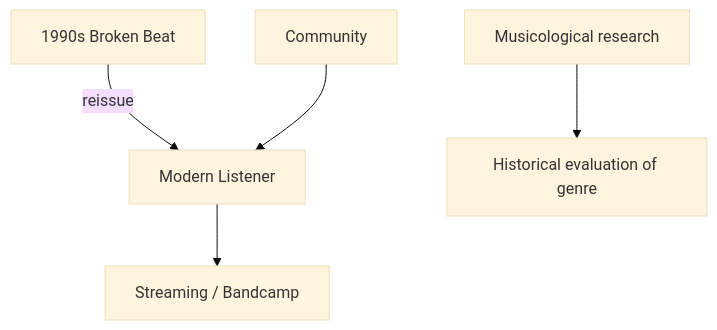
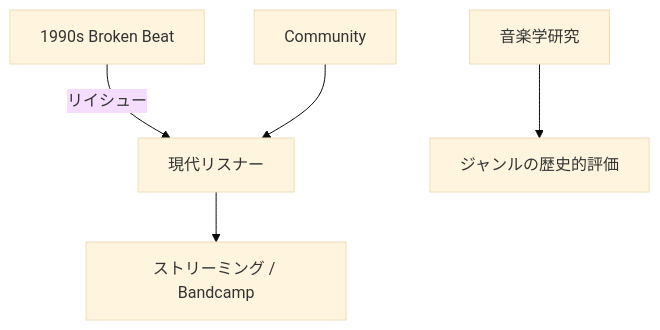
The fifth of 5 diagrams in en/_posts/2025-12-01-column-uk-broken-beat.md (monumental-movement/monumental-movement.github.io), drawn with Mermaid (base theme) before and after one commit. The commit also changed other lines of this file and 2196 other files, not shown here.

```diff
--- a/en/_posts/2025-12-01-column-uk-broken-beat.md
+++ b/en/_posts/2025-12-01-column-uk-broken-beat.md
@@ -179,7 +179,7 @@
 <div class="mermaid">
 graph TD
-    Old["1990s Broken Beat"] -->|reissue| New["Modern Listener"]
-    New --> Online["Streaming / Bandcamp"]
+    Old["1990s Broken Beat"] -->|リイシュー| New["現代リスナー"]
+    New --> Online["ストリーミング / Bandcamp"]
     Community --> New
-    Academic["Musicological research"] --> Recognition["Historical evaluation of genre"]
+    Academic["音楽学研究"] --> Recognition["ジャンルの歴史的評価"]
 </div>
```
